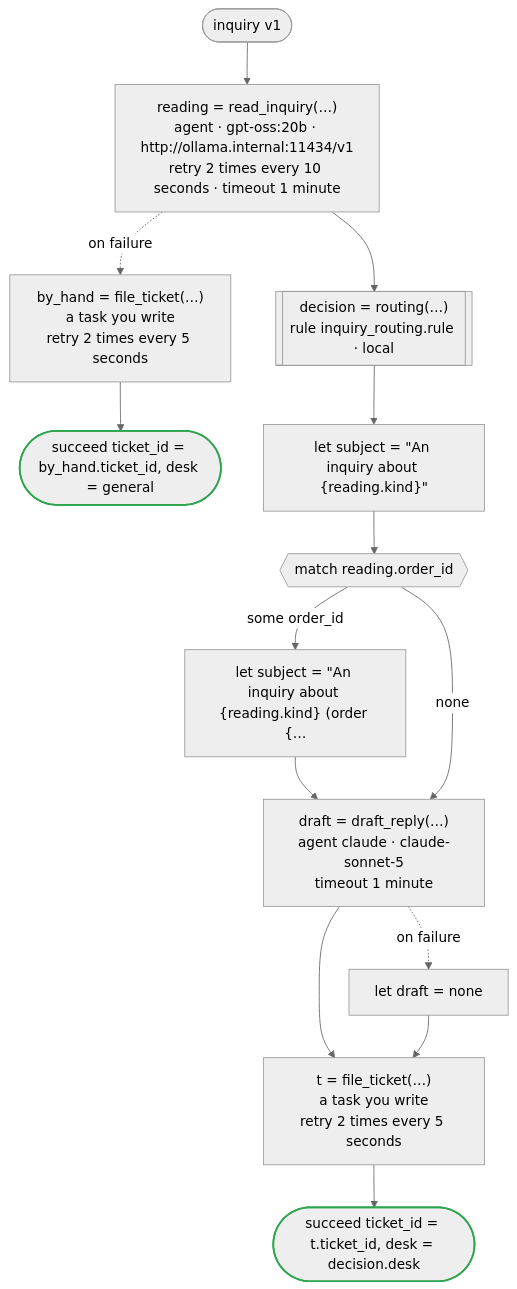
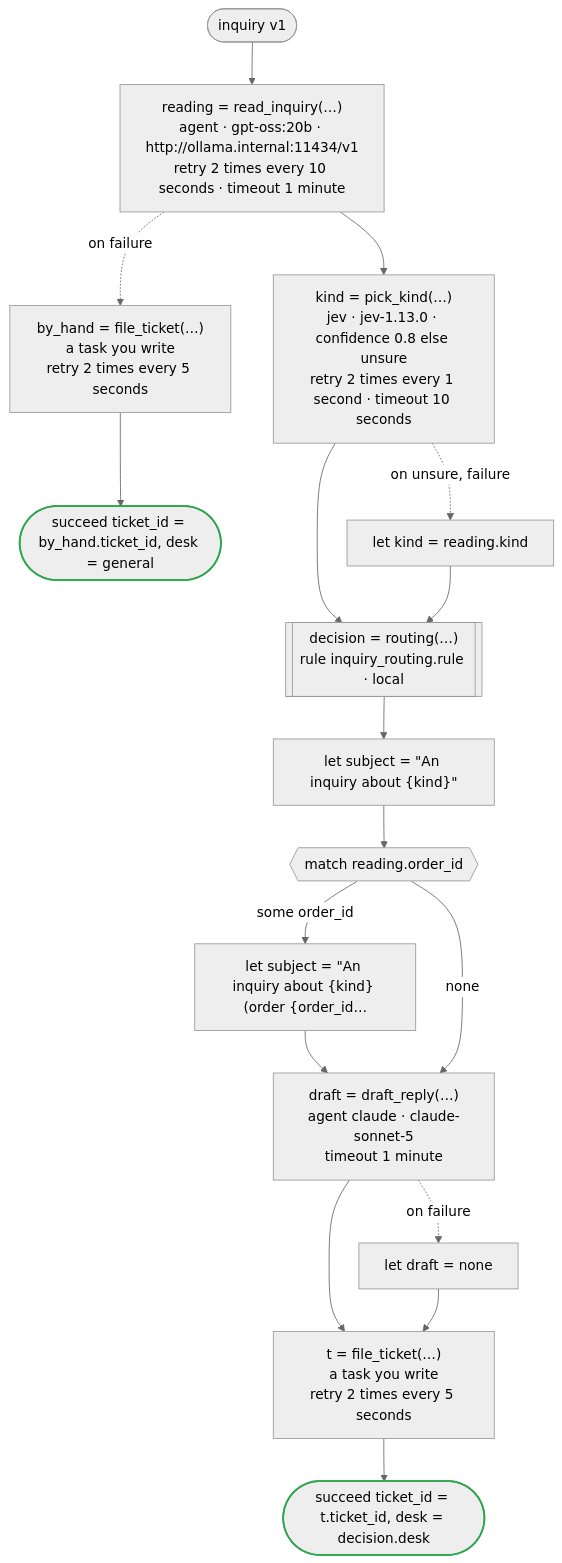
The diagram in crates/dandori/tests/doc/examples-inquiry-temporal-inquiry.en.md (i2y/ritsu), drawn with Mermaid (neutral theme) before and after one commit. The commit also changed other lines of this file and 143 other files, not shown here.

First line of the commit message:
feat: let a task ask TypeSafe's Jev

````diff
--- a/crates/dandori/tests/doc/examples-inquiry-temporal-inquiry.en.md
+++ b/crates/dandori/tests/doc/examples-inquiry-temporal-inquiry.en.md
@@ -9,31 +9,36 @@
 ```mermaid
 flowchart TD
     start(["inquiry v1"])
     s1["reading = read_inquiry(…)<br>agent · gpt-oss:20b · http://ollama.internal:11434/v1<br>retry 2 times every 10 seconds · timeout 1 minute"]
     s2["by_hand = file_ticket(…)<br>a task you write<br>retry 2 times every 5 seconds"]
     s3(["succeed ticket_id = by_hand.ticket_id, desk = general"])
-    s4[["decision = routing(…)<br>rule inquiry_routing.rule · local"]]
-    s5["let subject = #quot;An inquiry about {reading.kind}#quot;"]
-    s6{{"match reading.order_id"}}
-    s7["let subject = #quot;An inquiry about {reading.kind} (order {…"]
-    s9["draft = draft_reply(…)<br>agent claude · claude-sonnet-5<br>timeout 1 minute"]
-    s10["let draft = none"]
-    s11["t = file_ticket(…)<br>a task you write<br>retry 2 times every 5 seconds"]
-    s12(["succeed ticket_id = t.ticket_id, desk = decision.desk"])
+    s4["kind = pick_kind(…)<br>jev · jev-1.13.0 · confidence 0.8 else unsure<br>retry 2 times every 1 second · timeout 10 seconds"]
+    s5["let kind = reading.kind"]
+    s6[["decision = routing(…)<br>rule inquiry_routing.rule · local"]]
+    s7["let subject = #quot;An inquiry about {kind}#quot;"]
+    s8{{"match reading.order_id"}}
+    s9["let subject = #quot;An inquiry about {kind} (order {order_id…"]
+    s11["draft = draft_reply(…)<br>agent claude · claude-sonnet-5<br>timeout 1 minute"]
+    s12["let draft = none"]
+    s13["t = file_ticket(…)<br>a task you write<br>retry 2 times every 5 seconds"]
+    s14(["succeed ticket_id = t.ticket_id, desk = decision.desk"])
     start --> s1
     s1 -.->|"on failure"| s2
     s2 --> s3
     s1 --> s4
-    s4 --> s5
+    s4 -.->|"on unsure, failure"| s5
+    s4 --> s6
     s5 --> s6
-    s6 -->|"some order_id"| s7
-    s7 --> s9
-    s6 -->|"none"| s9
-    s9 -.->|"on failure"| s10
+    s6 --> s7
+    s7 --> s8
+    s8 -->|"some order_id"| s9
     s9 --> s11
-    s10 --> s11
-    s11 --> s12
+    s8 -->|"none"| s11
+    s11 -.->|"on failure"| s12
+    s11 --> s13
+    s12 --> s13
+    s13 --> s14
     classDef ok stroke:#2da44e,stroke-width:2px
     classDef bad stroke:#cf222e,stroke-width:2px
-    class s3,s12 ok
+    class s3,s14 ok
 ```
````
